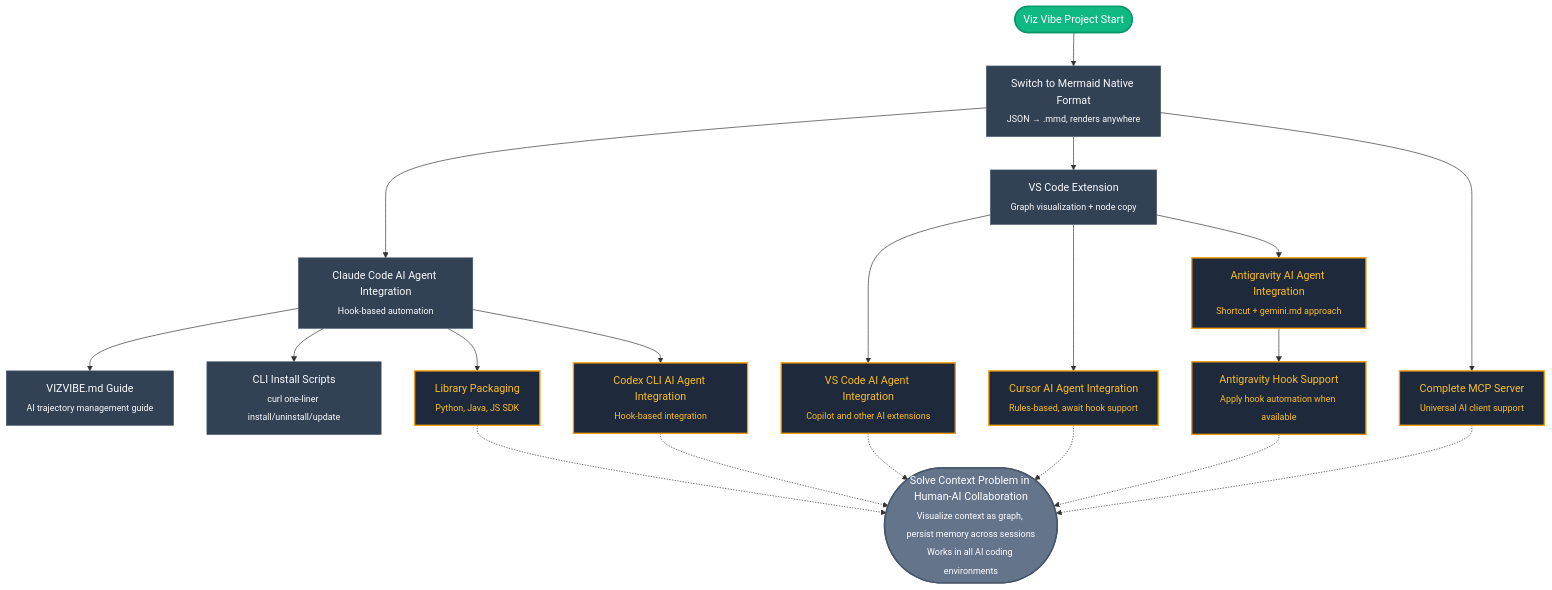
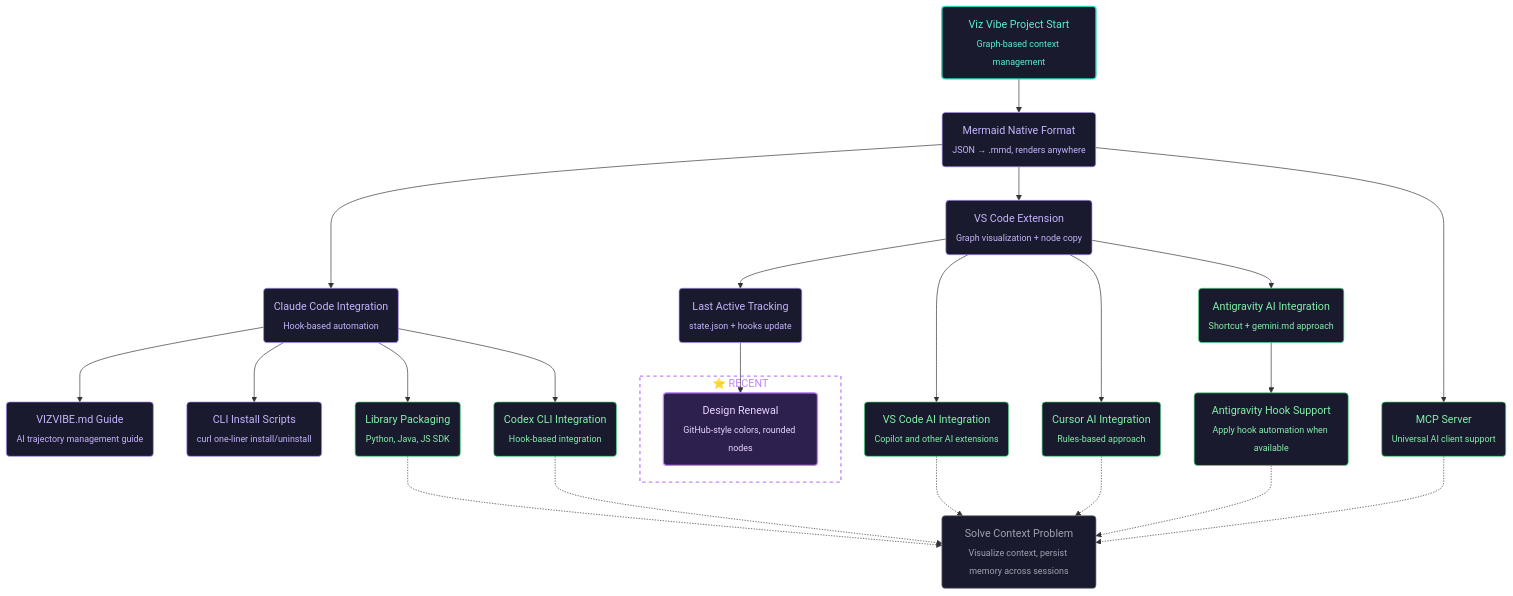
The diagram in vizvibe.mmd (NamHyeongKeol/viz-vibe), drawn with Mermaid before and after one commit. The commit also changed 6 other files, not shown here.

First line of the commit message:
feat: Add lastActiveNode tracking and GitHub-style design renewal

```diff
--- a/vizvibe.mmd
+++ b/vizvibe.mmd
@@ -1,97 +1,112 @@
 flowchart TD
     %% === PROJECT GOALS ===
     %% Ultimate Goal: Make human-AI collaboration seamless with visual context maps
     %% Current Goal: Expand AI agent integrations to other platforms
+    %% @lastActive: design_renewal
 
-    %% === START & GOAL ===
+    %% === START ===
+    %% @project_start [start, closed]: Project started - graph-based context management tool
+    project_start("Viz Vibe Project Start<br/><sub>Graph-based context management</sub>")
 
-    %% @project_start [start, closed]: Project started - graph-based context management tool
-    project_start(["Viz Vibe Project Start"])
-
-    %% @ultimate_goal [end, opened]: Ultimate goal - visualize context and maintain memory across sessions in all AI coding environments
-    ultimate_goal(["Solve Context Problem in Human-AI Collaboration<br/><sub>Visualize context as graph, persist memory across sessions<br/>Works in all AI coding environments</sub>"])
+    %% @ultimate_goal [end, opened]: Ultimate goal - visualize context across all AI coding environments
+    ultimate_goal("Solve Context Problem<br/><sub>Visualize context, persist memory across sessions</sub>")
 
     %% === COMPLETED WORK ===
+    %% @mermaid_native [ai-task, closed]: Switched from JSON to Mermaid .mmd
+    mermaid_native("Mermaid Native Format<br/><sub>JSON → .mmd, renders anywhere</sub>")
 
-    %% @mermaid_native [ai-task, closed]: Switched from JSON to Mermaid .mmd - renders anywhere (GitHub, Notion, etc.)
-    mermaid_native["Switch to Mermaid Native Format<br/><sub>JSON → .mmd, renders anywhere</sub>"]
+    %% @claude_code_integration [ai-task, closed]: Claude Code AI agent integration via hooks
+    claude_code_integration("Claude Code Integration<br/><sub>Hook-based automation</sub>")
 
-    %% @claude_code_integration [ai-task, closed]: Claude Code AI agent integration - auto read/update via SessionStart/Stop hooks
-    claude_code_integration["Claude Code AI Agent Integration<br/><sub>Hook-based automation</sub>"]
+    %% @vizvibe_guide [ai-task, closed]: Created VIZVIBE.md guide
+    vizvibe_guide("VIZVIBE.md Guide<br/><sub>AI trajectory management guide</sub>")
 
-    %% @vizvibe_guide [ai-task, closed]: Created VIZVIBE.md guide - documented how AI manages trajectory
-    vizvibe_guide["VIZVIBE.md Guide<br/><sub>AI trajectory management guide</sub>"]
+    %% @install_scripts [ai-task, closed]: Created install scripts
+    install_scripts("CLI Install Scripts<br/><sub>curl one-liner install/uninstall</sub>")
 
-    %% @install_scripts [ai-task, closed]: Created install scripts - one-liner curl install/uninstall/update
-    install_scripts["CLI Install Scripts<br/><sub>curl one-liner install/uninstall/update</sub>"]
+    %% @vscode_extension [ai-task, closed]: VS Code extension with graph visualization and node copy
+    vscode_extension("VS Code Extension<br/><sub>Graph visualization + node copy</sub>")
 
-    %% @vscode_extension [ai-task, closed]: Developed VS Code extension - .mmd file graph visualization with node copy feature
-    vscode_extension["VS Code Extension<br/><sub>Graph visualization + node copy</sub>"]
+    %% @lastactive_tracking [ai-task, closed]: Added lastActiveNode tracking to state.json and hooks
+    lastactive_tracking("Last Active Tracking<br/><sub>state.json + hooks update</sub>")
+
+    %% @design_renewal [ai-task, closed]: GitHub-style design - green/purple colors, rounded rectangles
+    subgraph recent [⭐ RECENT]
+        design_renewal("Design Renewal<br/><sub>GitHub-style colors, rounded nodes</sub>")
+    end
 
     %% === FUTURE WORK: AI AGENT INTEGRATIONS ===
+    %% @vscode_agent_integration [ai-task, opened]: VS Code AI agent integration
+    vscode_agent_integration("VS Code AI Integration<br/><sub>Copilot and other AI extensions</sub>")
 
-    %% @vscode_agent_integration [ai-task, opened]: VS Code AI agent integration - Copilot, other AI extensions
-    vscode_agent_integration["VS Code AI Agent Integration<br/><sub>Copilot and other AI extensions</sub>"]
+    %% @cursor_agent_integration [ai-task, opened]: Cursor AI agent integration
+    cursor_agent_integration("Cursor AI Integration<br/><sub>Rules-based approach</sub>")
 
-    %% @cursor_agent_integration [ai-task, opened]: Cursor AI agent integration - Rules-based approach, hook when available
-    cursor_agent_integration["Cursor AI Agent Integration<br/><sub>Rules-based, await hook support</sub>"]
+    %% @antigravity_agent_integration [ai-task, opened]: Antigravity AI agent integration
+    antigravity_agent_integration("Antigravity AI Integration<br/><sub>Shortcut + gemini.md approach</sub>")
 
-    %% @antigravity_agent_integration [ai-task, opened]: Antigravity AI agent integration - shortcut-based approach for now
-    antigravity_agent_integration["Antigravity AI Agent Integration<br/><sub>Shortcut + gemini.md approach</sub>"]
+    %% @antigravity_hook_support [ai-task, opened]: Antigravity hook support when available
+    antigravity_hook_support("Antigravity Hook Support<br/><sub>Apply hook automation when available</sub>")
 
-    %% @antigravity_hook_support [ai-task, opened]: Antigravity hook support - apply hook-based automation when available
-    antigravity_hook_support["Antigravity Hook Support<br/><sub>Apply hook automation when available</sub>"]
-
-    %% @codex_cli_integration [ai-task, opened]: Codex CLI AI agent integration - hook-based like Claude Code
-    codex_cli_integration["Codex CLI AI Agent Integration<br/><sub>Hook-based integration</sub>"]
+    %% @codex_cli_integration [ai-task, opened]: Codex CLI AI agent integration
+    codex_cli_integration("Codex CLI Integration<br/><sub>Hook-based integration</sub>")
 
     %% === FUTURE WORK: OTHER ===
+    %% @lib_packaging [ai-task, opened]: Library packaging - SDK for Python, Java, JS
+    lib_packaging("Library Packaging<br/><sub>Python, Java, JS SDK</sub>")
 
-    %% @lib_packaging [ai-task, opened]: Library packaging - provide SDK for Python, Java, JS environments
-    lib_packaging["Library Packaging<br/><sub>Python, Java, JS SDK</sub>"]
-
-    %% @mcp_server [ai-task, opened]: Complete MCP server - enable use with other AI clients
-    mcp_server["Complete MCP Server<br/><sub>Universal AI client support</sub>"]
+    %% @mcp_server [ai-task, opened]: Complete MCP server
+    mcp_server("MCP Server<br/><sub>Universal AI client support</sub>")
 
     %% === CONNECTIONS ===
     project_start --> mermaid_native
     mermaid_native --> claude_code_integration
     mermaid_native --> vscode_extension
     claude_code_integration --> vizvibe_guide
     claude_code_integration --> install_scripts
     claude_code_integration --> lib_packaging
     claude_code_integration --> codex_cli_integration
+    vscode_extension --> lastactive_tracking
+    lastactive_tracking --> design_renewal
     vscode_extension --> vscode_agent_integration
     vscode_extension --> cursor_agent_integration
     vscode_extension --> antigravity_agent_integration
     antigravity_agent_integration --> antigravity_hook_support
     mermaid_native --> mcp_server
     lib_packaging -.-> ultimate_goal
     mcp_server -.-> ultimate_goal
     codex_cli_integration -.-> ultimate_goal
     vscode_agent_integration -.-> ultimate_goal
     cursor_agent_integration -.-> ultimate_goal
     antigravity_hook_support -.-> ultimate_goal
 
     %% === STYLES ===
-    %% Start (emerald)
-    style project_start fill:#10b981,stroke:#059669,color:#fff,stroke-width:2px
+    %% GitHub-inspired colors: Open = green, Closed = purple/gray
 
-    %% Ultimate Goal (gray - end node)
-    style ultimate_goal fill:#64748b,stroke:#475569,color:#fff,stroke-width:2px
+    %% Start node (teal)
+    style project_start fill:#1a1a2e,stroke:#2dd4bf,color:#5eead4,stroke-width:2px
 
-    %% Closed AI Tasks (slate)
-    style mermaid_native fill:#334155,stroke:#475569,color:#f8fafc,stroke-width:1px
-    style claude_code_integration fill:#334155,stroke:#475569,color:#f8fafc,stroke-width:1px
-    style vizvibe_guide fill:#334155,stroke:#475569,color:#f8fafc,stroke-width:1px
-    style install_scripts fill:#334155,stroke:#475569,color:#f8fafc,stroke-width:1px
-    style vscode_extension fill:#334155,stroke:#475569,color:#f8fafc,stroke-width:1px
+    %% Ultimate Goal (muted)
+    style ultimate_goal fill:#1a1a2e,stroke:#6b7280,color:#9ca3af,stroke-width:1px
 
-    %% Opened AI Tasks (amber border)
-    style vscode_agent_integration fill:#1e293b,stroke:#f59e0b,color:#fbbf24,stroke-width:2px
-    style cursor_agent_integration fill:#1e293b,stroke:#f59e0b,color:#fbbf24,stroke-width:2px
-    style antigravity_agent_integration fill:#1e293b,stroke:#f59e0b,color:#fbbf24,stroke-width:2px
-    style antigravity_hook_support fill:#1e293b,stroke:#f59e0b,color:#fbbf24,stroke-width:2px
-    style codex_cli_integration fill:#1e293b,stroke:#f59e0b,color:#fbbf24,stroke-width:2px
-    style lib_packaging fill:#1e293b,stroke:#f59e0b,color:#fbbf24,stroke-width:2px
-    style mcp_server fill:#1e293b,stroke:#f59e0b,color:#fbbf24,stroke-width:2px
+    %% Closed tasks (soft purple - like GitHub merged)
+    style mermaid_native fill:#1a1a2e,stroke:#a78bfa,color:#c4b5fd,stroke-width:1px
+    style claude_code_integration fill:#1a1a2e,stroke:#a78bfa,color:#c4b5fd,stroke-width:1px
+    style vizvibe_guide fill:#1a1a2e,stroke:#a78bfa,color:#c4b5fd,stroke-width:1px
+    style install_scripts fill:#1a1a2e,stroke:#a78bfa,color:#c4b5fd,stroke-width:1px
+    style vscode_extension fill:#1a1a2e,stroke:#a78bfa,color:#c4b5fd,stroke-width:1px
+
+    style lastactive_tracking fill:#1a1a2e,stroke:#a78bfa,color:#c4b5fd,stroke-width:1px
+
+    %% Last active node (highlighted - brighter purple with glow effect)
+    style design_renewal fill:#2d1f4e,stroke:#c084fc,color:#e9d5ff,stroke-width:2px
+    style recent fill:transparent,stroke:#c084fc,color:#c084fc,stroke-width:2px,stroke-dasharray:5 5
+
+    %% Open tasks (soft green - like GitHub open)
+    style vscode_agent_integration fill:#1a1a2e,stroke:#4ade80,color:#86efac,stroke-width:1px
+    style cursor_agent_integration fill:#1a1a2e,stroke:#4ade80,color:#86efac,stroke-width:1px
+    style antigravity_agent_integration fill:#1a1a2e,stroke:#4ade80,color:#86efac,stroke-width:1px
+    style antigravity_hook_support fill:#1a1a2e,stroke:#4ade80,color:#86efac,stroke-width:1px
+    style codex_cli_integration fill:#1a1a2e,stroke:#4ade80,color:#86efac,stroke-width:1px
+    style lib_packaging fill:#1a1a2e,stroke:#4ade80,color:#86efac,stroke-width:1px
+    style mcp_server fill:#1a1a2e,stroke:#4ade80,color:#86efac,stroke-width:1px
```
